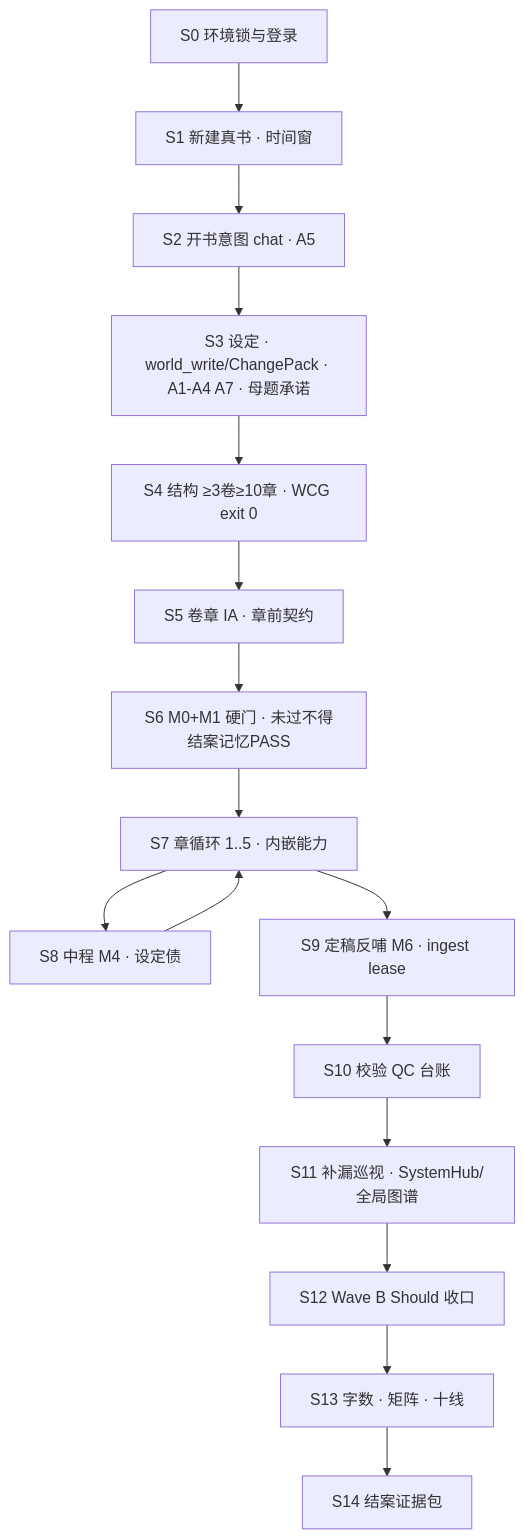
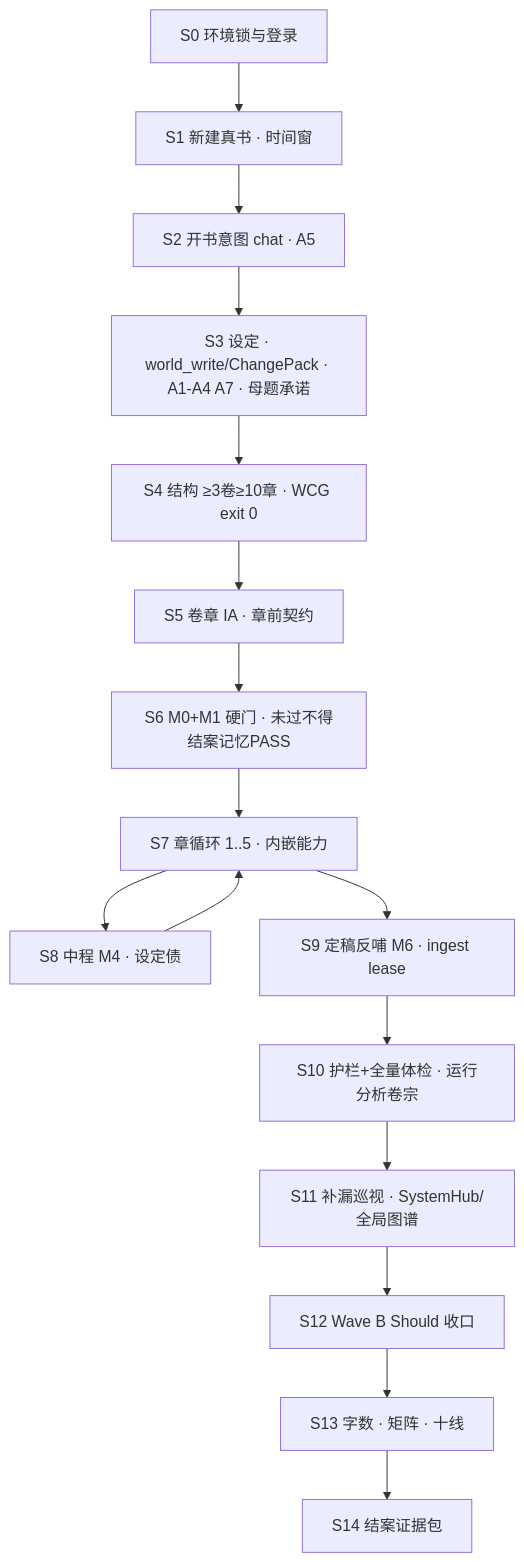
One commit to liuwenpinghaher-commits/scribe-writing-system changed the first of 2 diagrams in docs/e2e-director-journey-v634-true-chat-full-capability.md. Above: the diagram before and after it, drawn with Mermaid. The commit also changed other lines of this file and 5 other files, not shown here.

````diff
--- a/docs/e2e-director-journey-v634-true-chat-full-capability.md
+++ b/docs/e2e-director-journey-v634-true-chat-full-capability.md
@@ -249,18 +439,18 @@
 ```mermaid
 flowchart TB
   S0[S0 环境锁与登录] --> S1[S1 新建真书 · 时间窗]
   S1 --> S2[S2 开书意图 chat · A5]
   S2 --> S3[S3 设定 · world_write/ChangePack · A1-A4 A7 · 母题承诺]
   S3 --> S4[S4 结构 ≥3卷≥10章 · WCG exit 0]
   S4 --> S5[S5 卷章 IA · 章前契约]
   S5 --> S6["S6 M0+M1 硬门 · 未过不得结案记忆PASS"]
   S6 --> S7[S7 章循环 1..5 · 内嵌能力]
   S7 --> S8[S8 中程 M4 · 设定债]
   S8 --> S7
   S7 --> S9[S9 定稿反哺 M6 · ingest lease]
-  S9 --> S10[S10 校验 QC 台账]
+  S9 --> S10[S10 护栏+全量体检 · 运行分析卷宗]
   S10 --> S11[S11 补漏巡视 · SystemHub/全局图谱]
   S11 --> S12[S12 Wave B Should 收口]
   S12 --> S13[S13 字数 · 矩阵 · 十线]
   S13 --> S14[S14 结案证据包]
 ```
````
